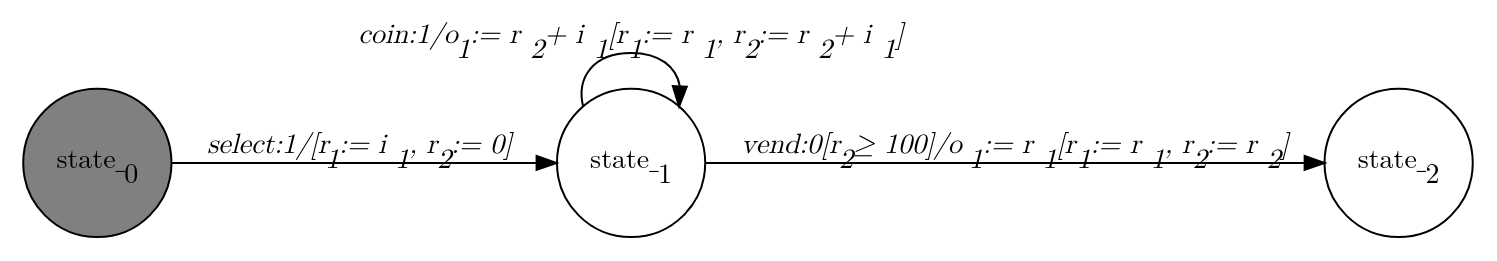
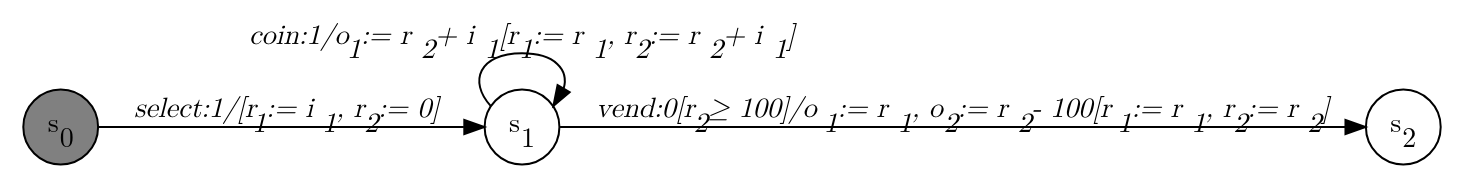
The diagram in dotfiles/Drinks_Machine_Change.dot (jmafoster1/efsm-sal), drawn with Graphviz before and after one commit. The commit also changed 21 other files, not shown here.

```diff
--- a/dotfiles/Drinks_Machine_Change.dot
+++ b/dotfiles/Drinks_Machine_Change.dot
@@ -1,13 +1,13 @@
 digraph Drinks_Machine_Change{
    graph [rankdir="LR", fontname="Latin Modern Math"];
    node [color="black", fillcolor="white", shape="circle", style="filled", fontname="Latin Modern Math"];
    edge [fontname="Latin Modern Math"];
 
-   State_0[fillcolor="gray", label=<state_<sub>0</sub>>];
-   State_1[label=<state_<sub>1</sub>>];
-   State_2[label=<state_<sub>2</sub>>];
+   s0[fillcolor="gray", label=<s<sub>0</sub>>];
+   s1[label=<s<sub>1</sub>>];
+   s2[label=<s<sub>2</sub>>];
 
-   State_0->State_1[label=<<i>select:1/&#91;r<sub>1</sub> := i<sub>1</sub>, r<sub>2</sub> := 0&#93;</i>>];
-   State_1->State_1[label=<<i>coin:1/o<sub>1</sub> := r<sub>2</sub> + i<sub>1</sub>&#91;r<sub>1</sub> := r<sub>1</sub>, r<sub>2</sub> := r<sub>2</sub> + i<sub>1</sub>&#93;</i>>];
-   State_1->State_2[label=<<i>vend:0&#91;r<sub>2</sub> &ge; 100&#93;/o<sub>1</sub> := r<sub>1</sub>&#91;r<sub>1</sub> := r<sub>1</sub>, r<sub>2</sub> := r<sub>2</sub>&#93;</i>>];
+   s0->s1[label=<<i>select:1/&#91;r<sub>1</sub> := i<sub>1</sub>, r<sub>2</sub> := 0&#93;</i>>];
+   s1->s1[label=<<i>coin:1/o<sub>1</sub> := r<sub>2</sub> + i<sub>1</sub>&#91;r<sub>1</sub> := r<sub>1</sub>, r<sub>2</sub> := r<sub>2</sub> + i<sub>1</sub>&#93;</i>>];
+   s1->s2[label=<<i>vend:0&#91;r<sub>2</sub> &ge; 100&#93;/o<sub>1</sub> := r<sub>1</sub>, o<sub>2</sub> := r<sub>2</sub> - 100&#91;r<sub>1</sub> := r<sub>1</sub>, r<sub>2</sub> := r<sub>2</sub>&#93;</i>>];
 }
```
